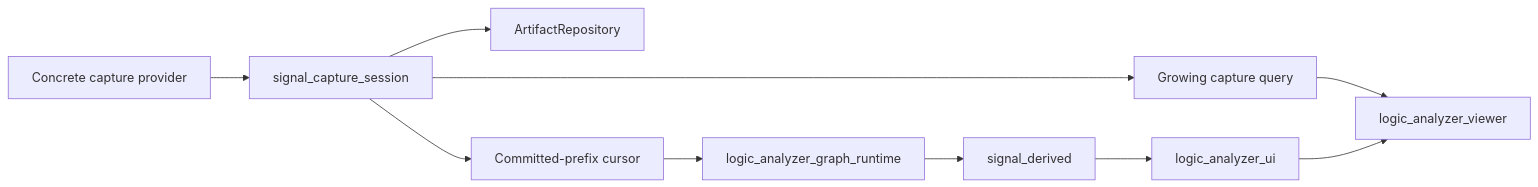
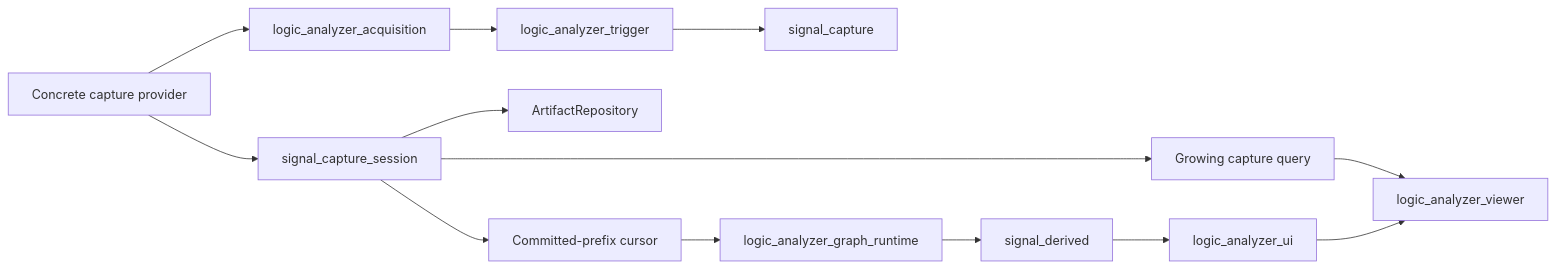
The first of 4 diagrams in docs/aspects/live_capture_trigger.md (rcaelers/dsl), drawn with Mermaid before and after one commit. The commit also changed other lines of this file and 94 other files, not shown here.

Commit message:
refactor(session): relocate logic-analyzer domain contracts

````diff
--- a/docs/aspects/live_capture_trigger.md
+++ b/docs/aspects/live_capture_trigger.md
@@ -25,12 +28,15 @@
 ```mermaid
 flowchart LR
-    Provider[Concrete capture provider] --> Session[signal_capture_session]
+    Provider[Concrete capture provider] --> Acquisition[logic_analyzer_acquisition]
+    Provider --> Session[signal_capture_session]
+    Acquisition --> Trigger[logic_analyzer_trigger]
+    Trigger --> Capture[signal_capture]
     Session --> Repo[ArtifactRepository]
     Session --> Query[Growing capture query]
     Session --> Cursor[Committed-prefix cursor]
     Query --> Viewer[logic_analyzer_viewer]
     Cursor --> Runtime[logic_analyzer_graph_runtime]
     Runtime --> Derived[signal_derived]
     Derived --> UI[logic_analyzer_ui]
     UI --> Viewer
 ```
````
